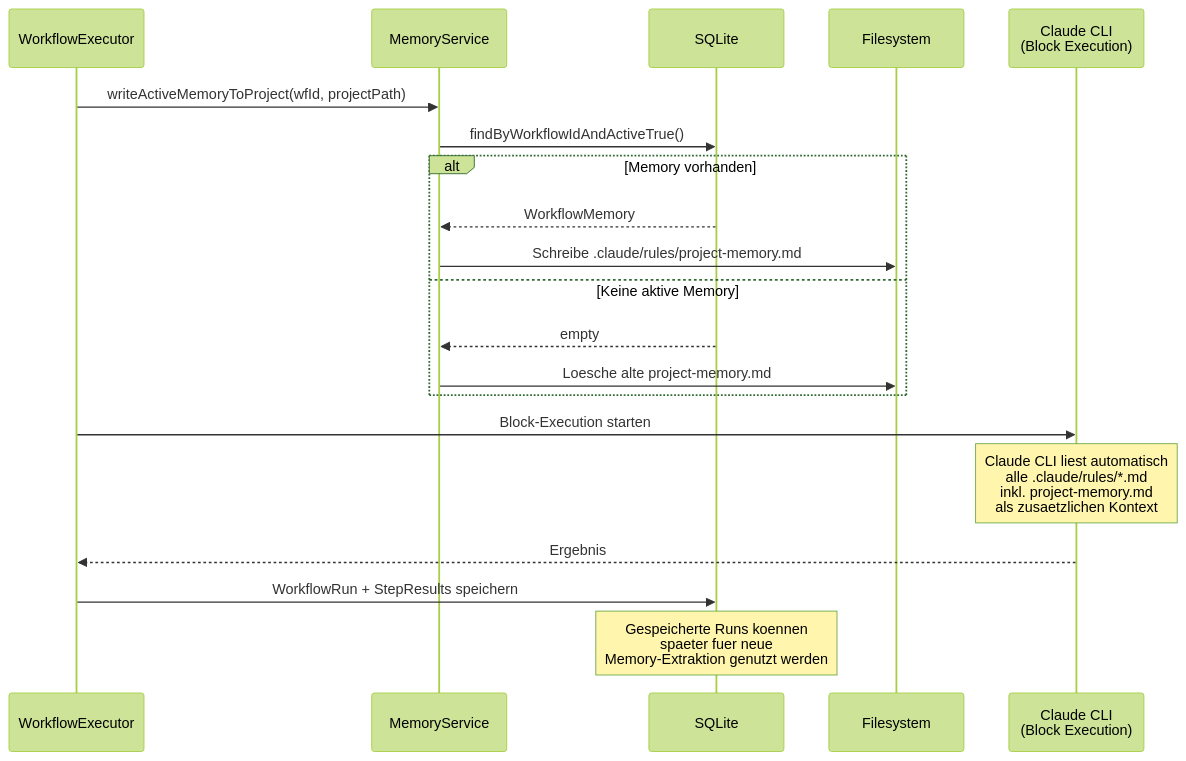
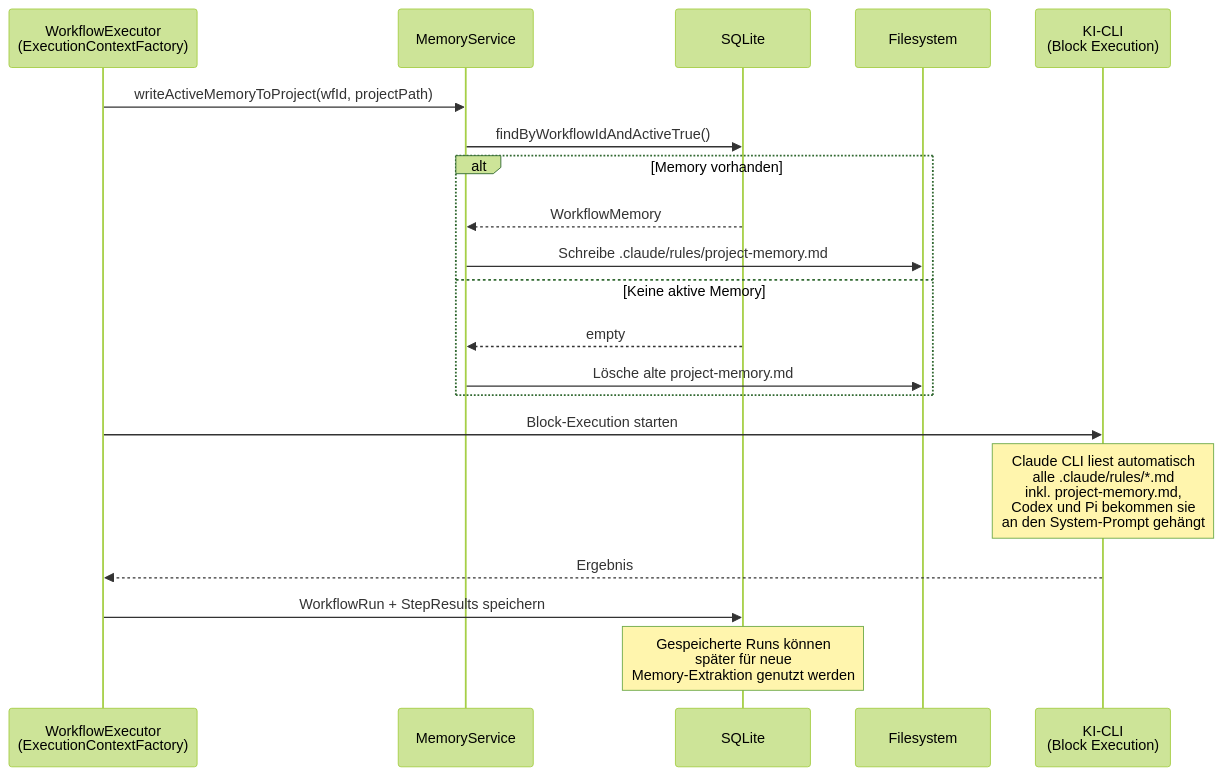
Before and after one commit to FLSEST/MySuricates: the fourth of 7 diagrams in docs/workflow-memory-diagrams.md, drawn with Mermaid (forest theme). The commit also changed other lines of this file and 4 other files, not shown here.

First line of the commit message:
docs(diagramme): Memory page describes the current state instead of an old refactoring

````diff
--- a/docs/workflow-memory-diagrams.md
+++ b/docs/workflow-memory-diagrams.md
@@ -160,26 +165,26 @@
 ```mermaid
 sequenceDiagram
-    participant WE as WorkflowExecutor
+    participant WE as WorkflowExecutor<br/>(ExecutionContextFactory)
     participant MS as MemoryService
     participant DB as SQLite
     participant FS as Filesystem
-    participant CLI as Claude CLI<br/>(Block Execution)
+    participant CLI as KI-CLI<br/>(Block Execution)
 
     WE->>MS: writeActiveMemoryToProject(wfId, projectPath)
     MS->>DB: findByWorkflowIdAndActiveTrue()
     alt Memory vorhanden
         DB-->>MS: WorkflowMemory
         MS->>FS: Schreibe .claude/rules/project-memory.md
     else Keine aktive Memory
         DB-->>MS: empty
-        MS->>FS: Loesche alte project-memory.md
+        MS->>FS: Lösche alte project-memory.md
     end
 
     WE->>CLI: Block-Execution starten
-    Note over CLI: Claude CLI liest automatisch<br/>alle .claude/rules/*.md<br/>inkl. project-memory.md<br/>als zusaetzlichen Kontext
+    Note over CLI: Claude CLI liest automatisch<br/>alle .claude/rules/*.md<br/>inkl. project-memory.md,<br/>Codex und Pi bekommen sie<br/>an den System-Prompt gehängt
 
     CLI-->>WE: Ergebnis
     WE->>DB: WorkflowRun + StepResults speichern
 
-    Note over DB: Gespeicherte Runs koennen<br/>spaeter fuer neue<br/>Memory-Extraktion genutzt werden
+    Note over DB: Gespeicherte Runs können<br/>später für neue<br/>Memory-Extraktion genutzt werden
 ```
````
